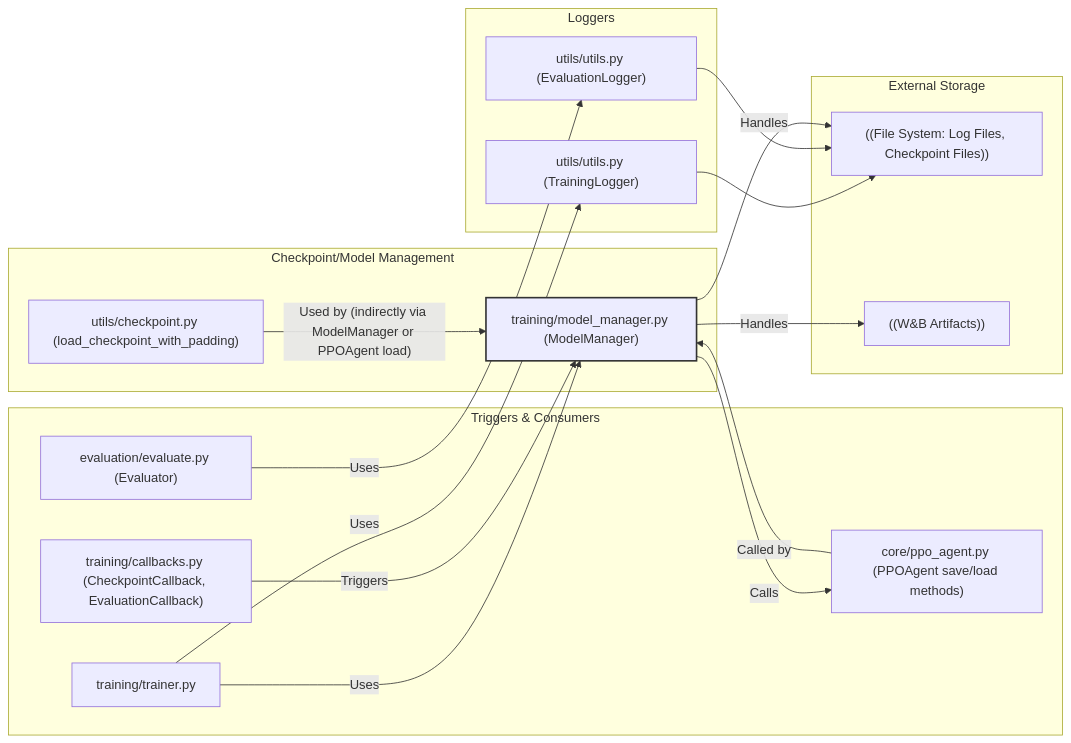
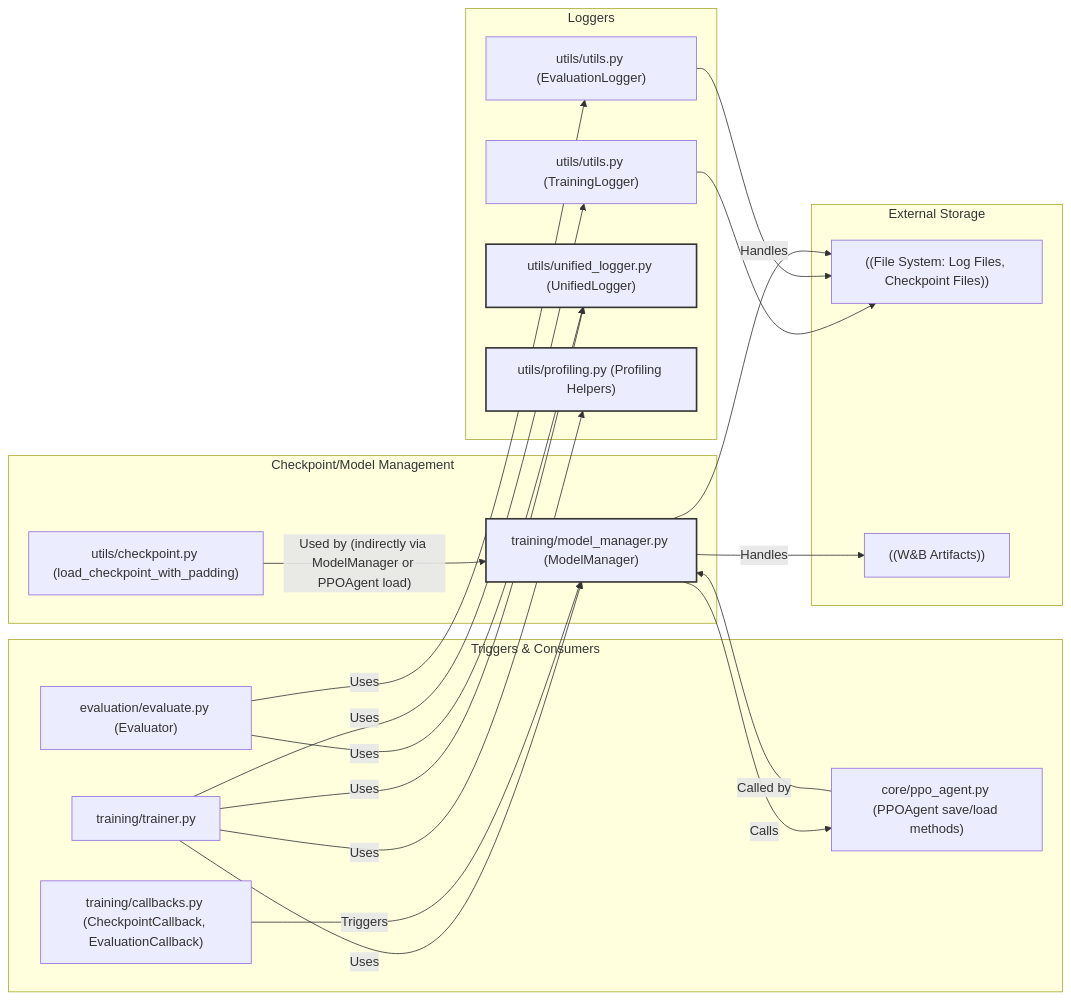
One commit to tachyon-beep/shogidrl changed the tenth of 11 diagrams in docs/2. CODE_MAP.md. Above: the diagram before and after it, drawn with Mermaid. The commit also changed other lines of this file and 14 other files, not shown here.

Commit message:
Update architecture docs and remove stray submodule

````diff
--- a/docs/2. CODE_MAP.md
+++ b/docs/2. CODE_MAP.md
@@ -586,40 +609,47 @@
 ```mermaid
 graph LR
     subgraph Loggers
         A1["utils/utils.py (TrainingLogger)"]
         A2["utils/utils.py (EvaluationLogger)"]
+        A3["utils/unified_logger.py (UnifiedLogger)"]
+        A4["utils/profiling.py (Profiling Helpers)"]
     end
 
     subgraph Checkpoint/Model Management
         B1["training/model_manager.py (ModelManager)"]
         B2["utils/checkpoint.py (load_checkpoint_with_padding)"]
     end
 
     subgraph Triggers & Consumers
         C1["training/trainer.py"]
         C2["training/callbacks.py (CheckpointCallback, EvaluationCallback)"]
         C3["evaluation/evaluate.py (Evaluator)"]
         D["core/ppo_agent.py (PPOAgent save/load methods)"]
     end
 
     subgraph External Storage
         E1["((File System: Log Files, Checkpoint Files))"]
         E2["((W&B Artifacts))"]
     end
 
     C1 -- Uses --> A1
     C3 -- Uses --> A2
+    C1 -- Uses --> A3
+    C3 -- Uses --> A3
+    C1 -- Uses --> A4
     A1 --> E1
     A2 --> E1
 
     C1 -- Uses --> B1
     C2 -- Triggers --> B1
     B1 -- Calls --> D
     B1 -- Handles --> E1
     B1 -- Handles --> E2
     B2 -- Used by (indirectly via ModelManager or PPOAgent load) --> B1
     D -- Called by --> B1
 
 
     style B1 fill:#lightblue,stroke:#333,stroke-width:2px
+    style A3 fill:#lightgrey,stroke:#333,stroke-width:2px
+    style A4 fill:#lightgrey,stroke:#333,stroke-width:2px
 ```
````
